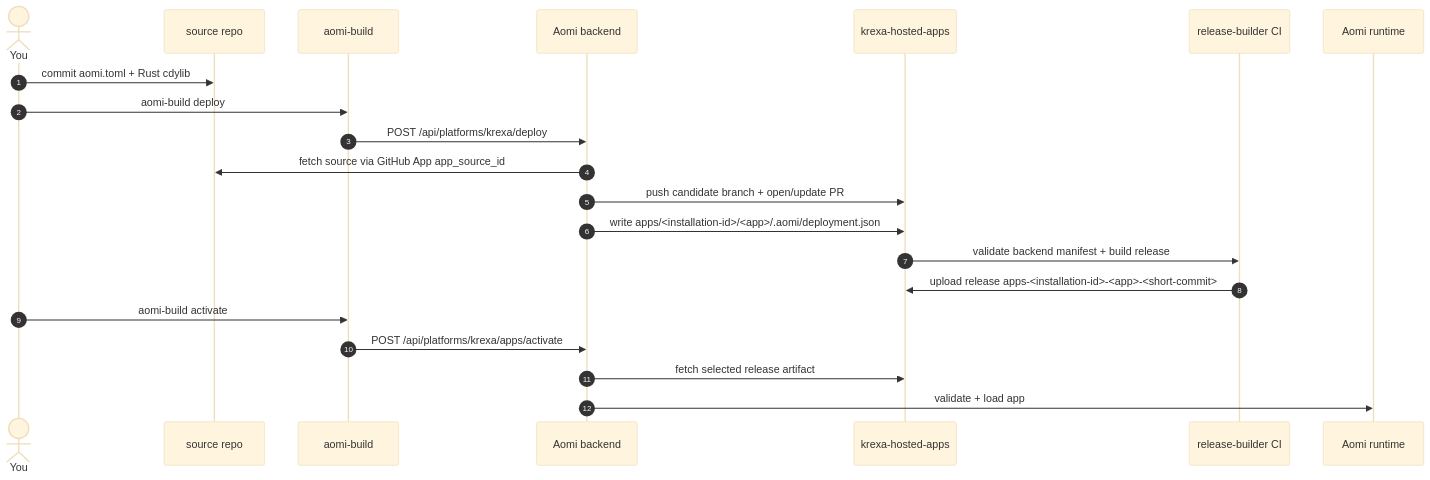
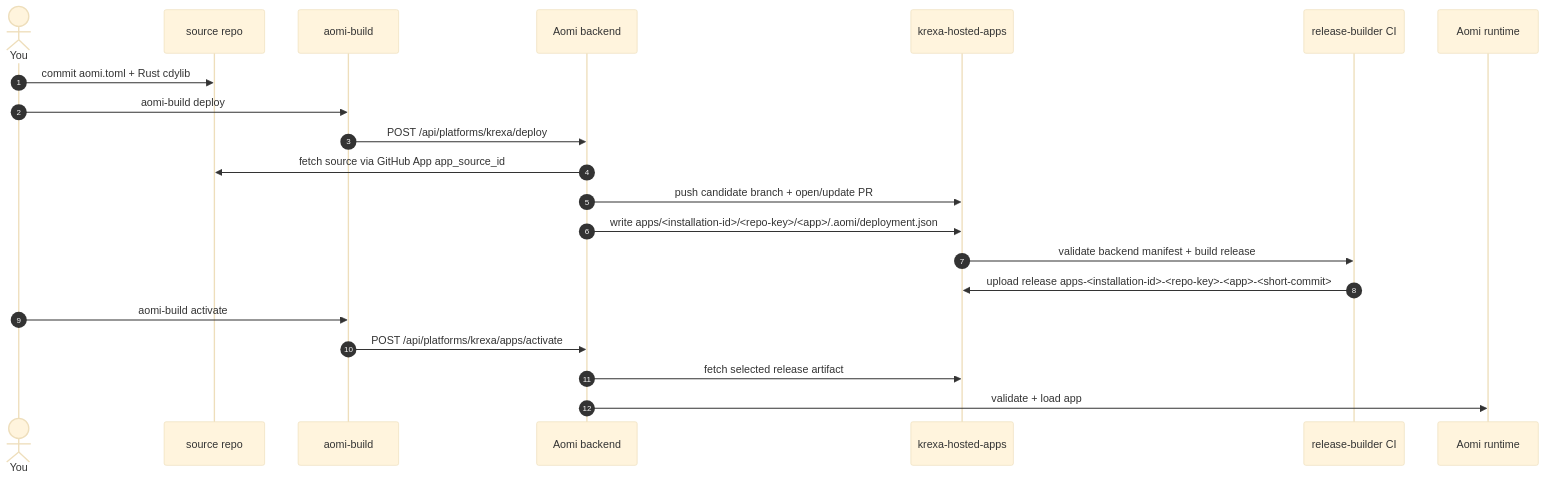
One commit to aomi-labs/krexa-hosted-apps changed the diagram in CONTRIBUTING.md. Above: the diagram before and after it, drawn with Mermaid (base theme). The commit also changed other lines of this file, not shown here.

First line of the commit message:
docs: update launch guide for repo-keyed candidate paths

````diff
--- a/CONTRIBUTING.md
+++ b/CONTRIBUTING.md
@@ -27,24 +27,24 @@
 ```mermaid
 sequenceDiagram
     autonumber
     actor You
     participant Src as source repo
     participant CLI as aomi-build
     participant BE as Aomi backend
     participant Repo as krexa-hosted-apps
     participant CI as release-builder CI
     participant RT as Aomi runtime
 
     You->>Src: commit aomi.toml + Rust cdylib
     You->>CLI: aomi-build deploy
     CLI->>BE: POST /api/platforms/krexa/deploy
     BE->>Src: fetch source via GitHub App app_source_id
     BE->>Repo: push candidate branch + open/update PR
-    BE->>Repo: write apps/<installation-id>/<app>/.aomi/deployment.json
+    BE->>Repo: write apps/<installation-id>/<repo-key>/<app>/.aomi/deployment.json
     Repo->>CI: validate backend manifest + build release
-    CI->>Repo: upload release apps-<installation-id>-<app>-<short-commit>
+    CI->>Repo: upload release apps-<installation-id>-<repo-key>-<app>-<short-commit>
     You->>CLI: aomi-build activate
     CLI->>BE: POST /api/platforms/krexa/apps/activate
     BE->>Repo: fetch selected release artifact
     BE->>RT: validate + load app
 ```
````
